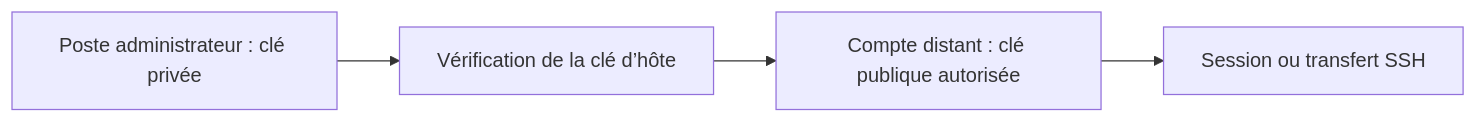
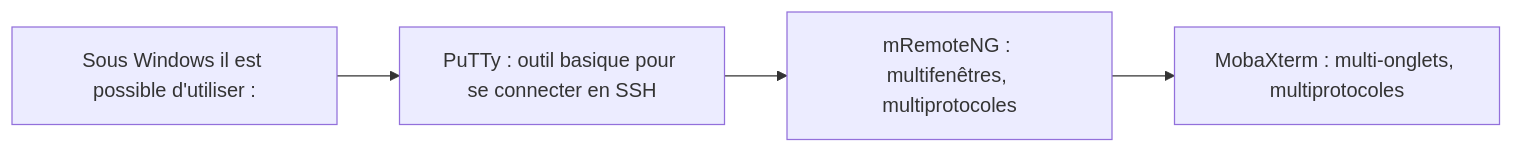
Before and after one commit to sk34pk25/tssr-cours: the second of 5 diagrams in docs/modules/15-services-reseau-en-environnement-linux/module-04-administration-a-distance.md, drawn with Mermaid. The commit also changed other lines of this file and 6 other files, not shown here.

````diff
--- a/docs/modules/15-services-reseau-en-environnement-linux/module-04-administration-a-distance.md
+++ b/docs/modules/15-services-reseau-en-environnement-linux/module-04-administration-a-distance.md
@@ -66,6 +103,10 @@
 ```mermaid
 flowchart LR
- C["Poste administrateur : clé privée"] --> V["Vérification de la clé d’hôte"]
- V --> A["Compte distant : clé publique autorisée"]
- A --> S["Session ou transfert SSH"]
+    N1["Sous Windows il est possible d'utiliser :"]
+    N2["PuTTy : outil basique pour se connecter en SSH"]
+    N3["mRemoteNG : multifenêtres, multiprotocoles"]
+    N4["MobaXterm : multi-onglets, multiprotocoles"]
+    N1 --> N2
+    N2 --> N3
+    N3 --> N4
 ```
````
